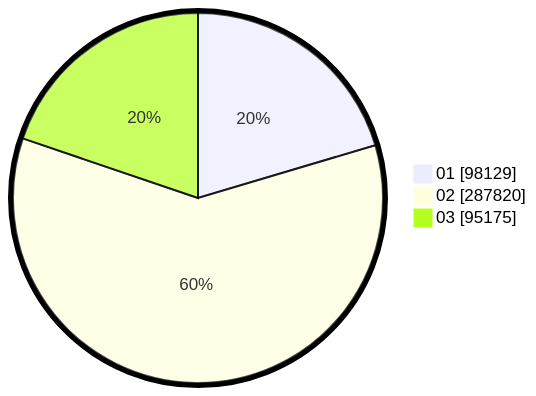
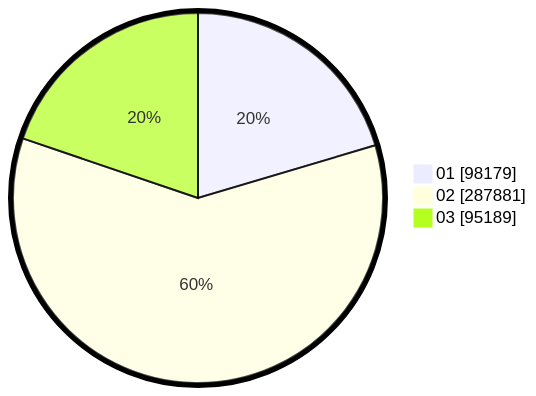
The second of 2 diagrams in pilpres/hitung-suara/sub/table-wilayah-99.md (gigit-pemilu/pemilu-2024), drawn with Mermaid before and after one commit. The commit also changed other lines of this file and 6 other files, not shown here.

````diff
--- a/pilpres/hitung-suara/sub/table-wilayah-99.md
+++ b/pilpres/hitung-suara/sub/table-wilayah-99.md
@@ -15,7 +15,7 @@
 ```mermaid
 %%{init: {"pie": {"textPosition": 0.5}, "themeVariables": {"pieOuterStrokeWidth": "5px"}} }%%
 pie showData
-    "01" : 98129
-    "02" : 287820
-    "03" : 95175
+    "01" : 98179
+    "02" : 287881
+    "03" : 95189
 ```
````
